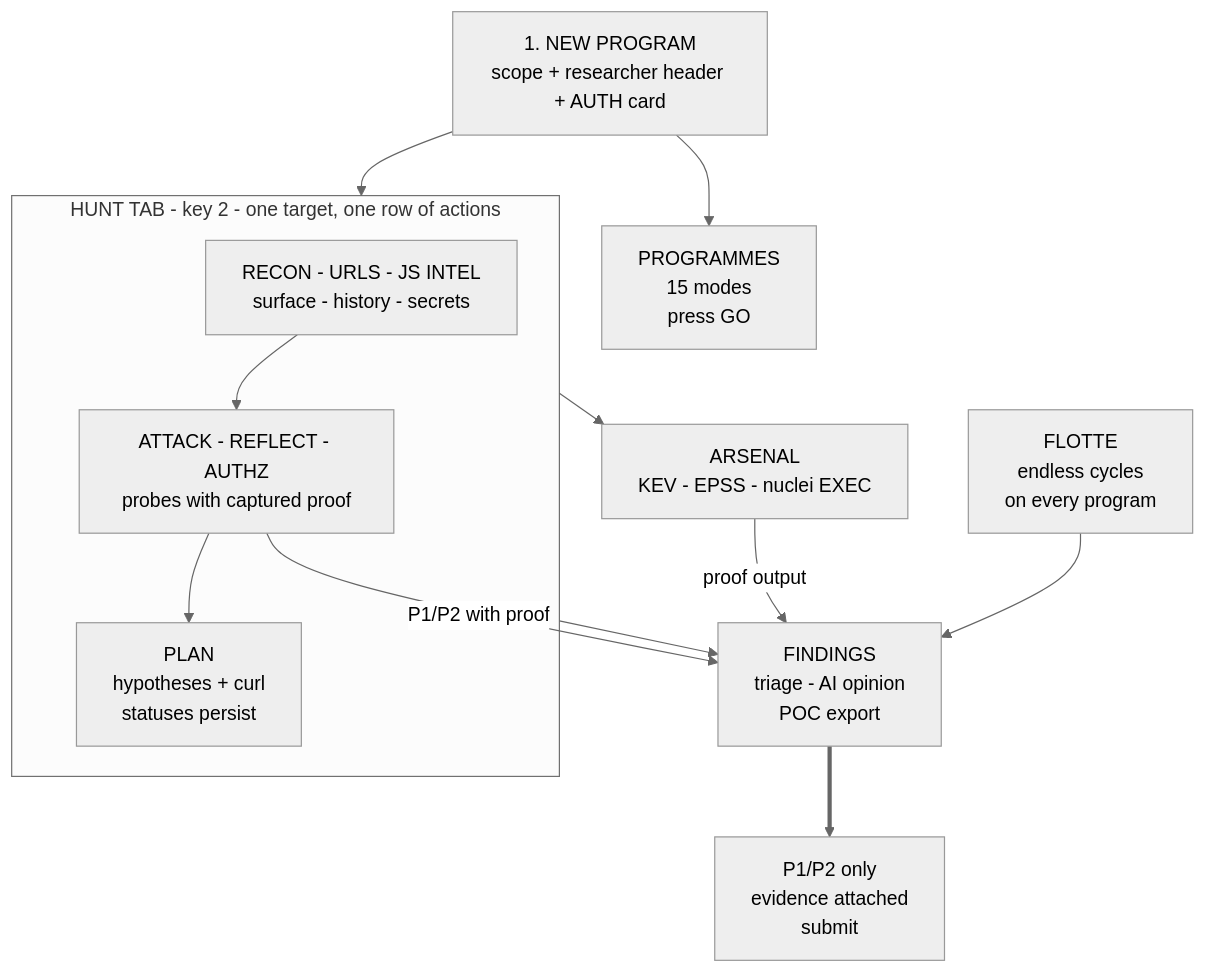
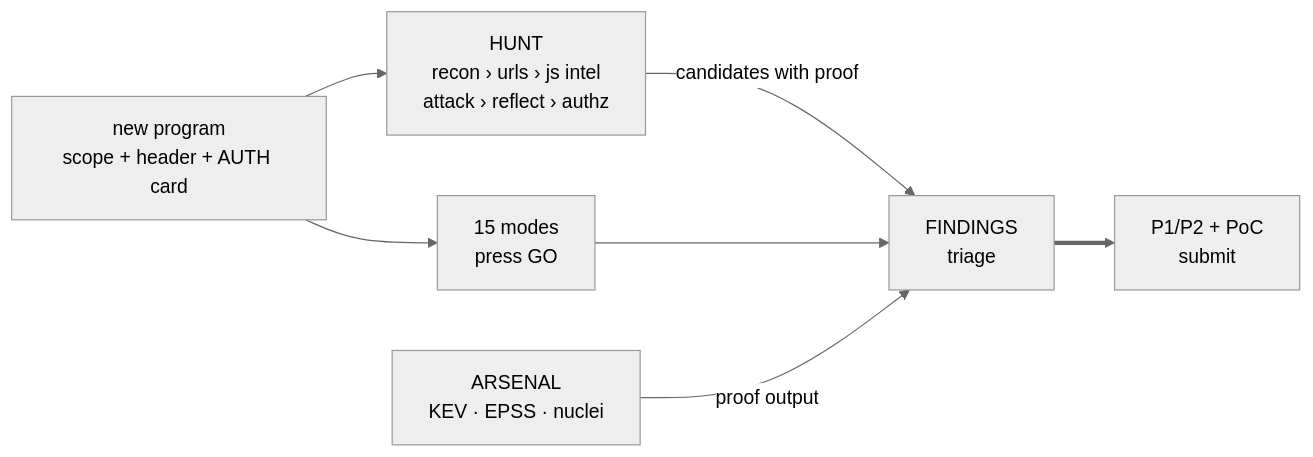
One commit to C2FF/C2FF changed the diagram in README.md. Above: the diagram before and after it, drawn with Mermaid (neutral theme). The commit also changed other lines of this file and 1 other file, not shown here.

````diff
--- a/README.md
+++ b/README.md
@@ -241,14 +74,9 @@
 ```mermaid
-flowchart TD
-    N["1. NEW PROGRAM<br/>scope + researcher header + AUTH card"] --> H
-    subgraph H["HUNT TAB - key 2 - one target, one row of actions"]
-        X1["RECON - URLS - JS INTEL<br/>surface - history - secrets"] --> X2["ATTACK - REFLECT - AUTHZ<br/>probes with captured proof"] --> X3["PLAN<br/>hypotheses + curl<br/>statuses persist"]
-    end
-    N --> M["PROGRAMMES<br/>15 modes<br/>press GO"]
-    H --> AR["ARSENAL<br/>KEV - EPSS - nuclei EXEC"]
-    H --> FD["FINDINGS<br/>triage - AI opinion<br/>POC export"]
-    X2 -->|"P1/P2 with proof"| FD
-    AR -->|"proof output"| FD
-    FD ==> RPT["P1/P2 only<br/>evidence attached<br/>submit"]
-    FLEET["FLOTTE<br/>endless cycles<br/>on every program"] --> FD
+flowchart LR
+    N["new program<br/>scope + header + AUTH card"] --> H["HUNT<br/>recon › urls › js intel<br/>attack › reflect › authz"]
+    H -->|"candidates with proof"| F["FINDINGS<br/>triage"]
+    N --> G["15 modes<br/>press GO"]
+    G --> F
+    A["ARSENAL<br/>KEV · EPSS · nuclei"] -->|"proof output"| F
+    F ==> P["P1/P2 + PoC<br/>submit"]
 ```
````
